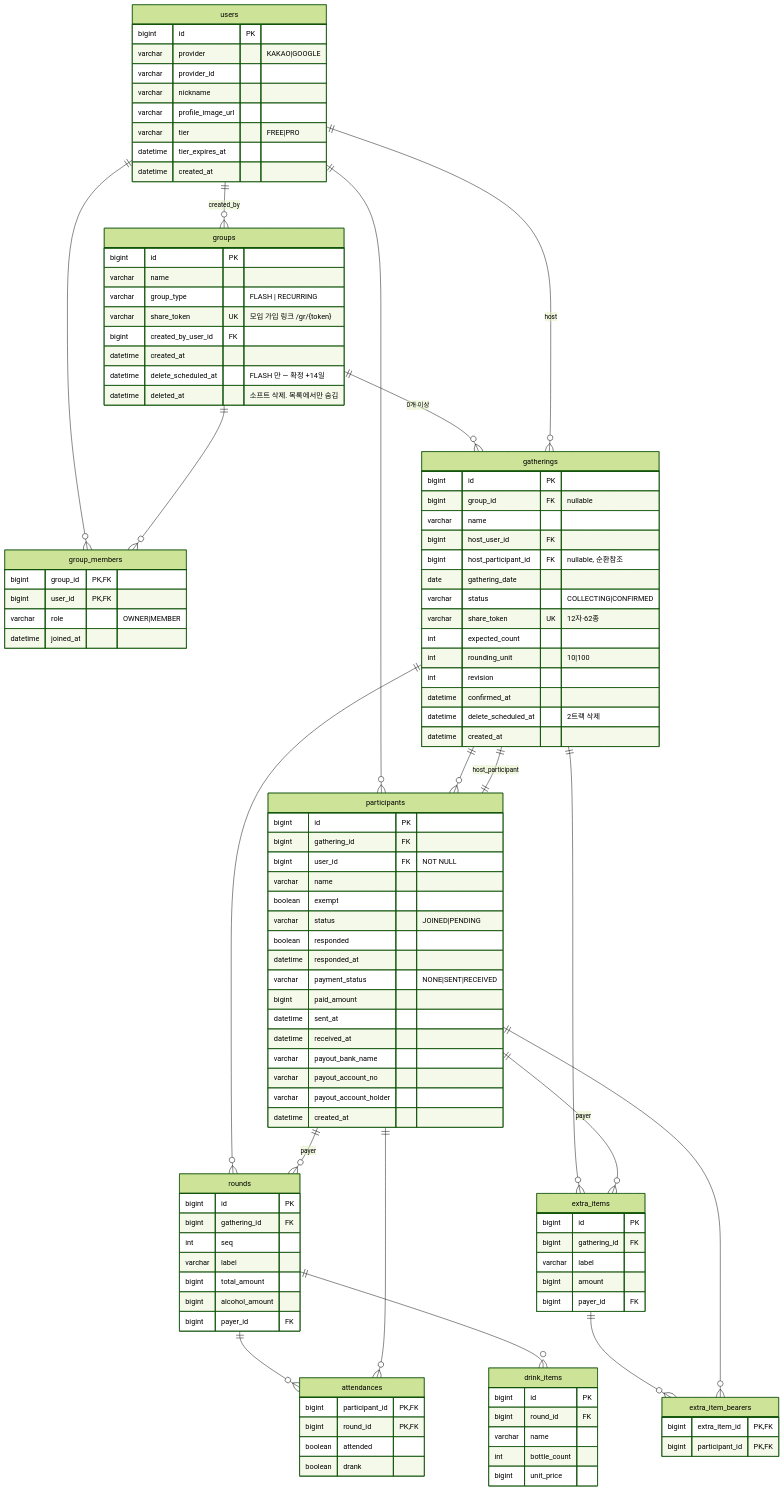
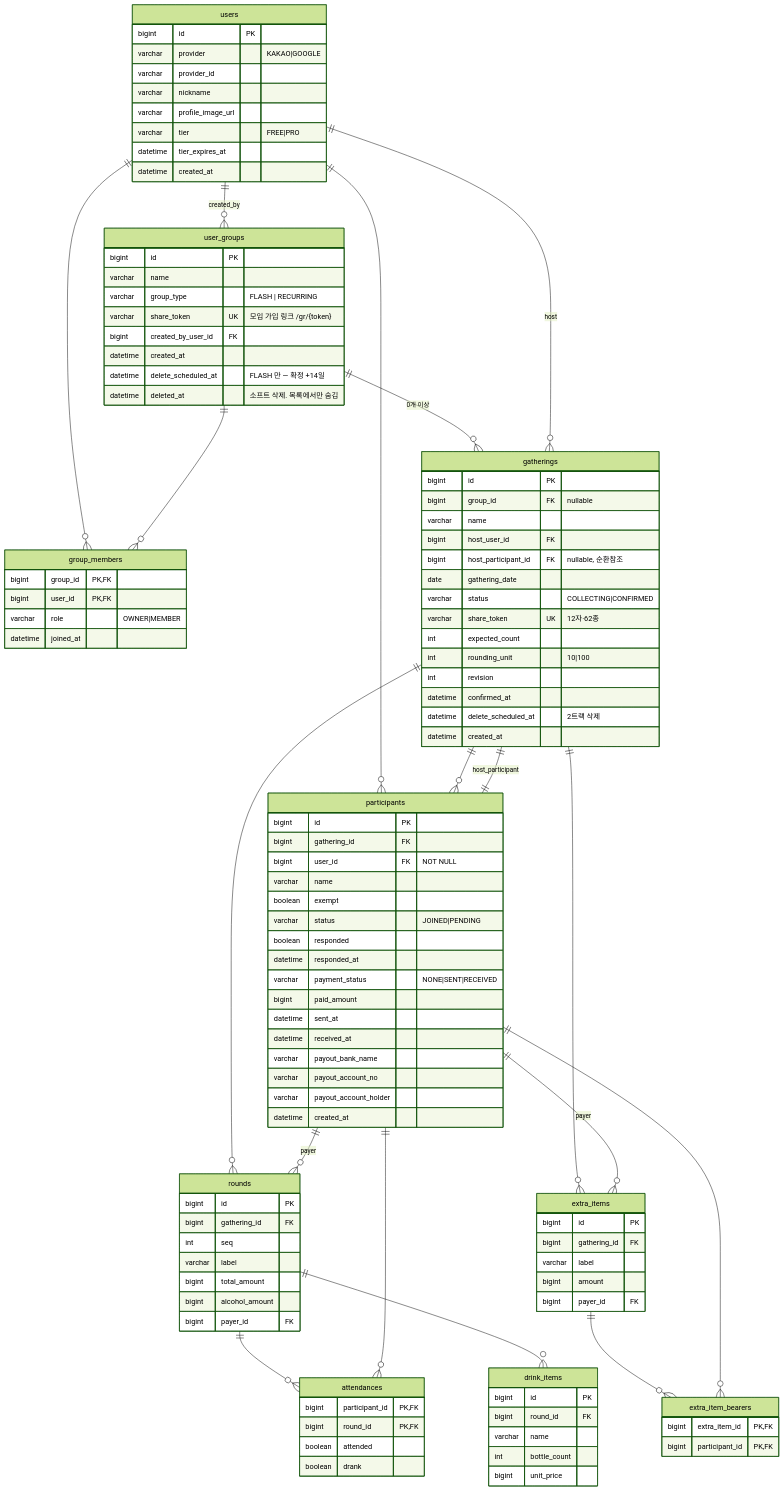
One commit to owencity/jungsan_attack changed the diagram in docs/ERD.md. Above: the diagram before and after it, drawn with Mermaid (forest theme). The commit also changed other lines of this file and 3 other files, not shown here.

````diff
--- a/docs/ERD.md
+++ b/docs/ERD.md
@@ -66,9 +77,9 @@
 ```mermaid
 erDiagram
-    users ||--o{ groups : "created_by"
+    users ||--o{ user_groups : "created_by"
     users ||--o{ group_members : ""
-    groups ||--o{ group_members : ""
-    groups ||--o{ gatherings : "0개 이상"
+    user_groups ||--o{ group_members : ""
+    user_groups ||--o{ gatherings : "0개 이상"
     users ||--o{ gatherings : "host"
     users ||--o{ participants : ""
     gatherings ||--o{ participants : ""
@@ -93,7 +104,7 @@
         datetime tier_expires_at
         datetime created_at
     }
-    groups {
+    user_groups {
         bigint id PK
         varchar name
         varchar group_type "FLASH | RECURRING"
````
